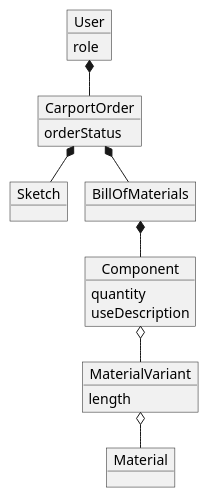
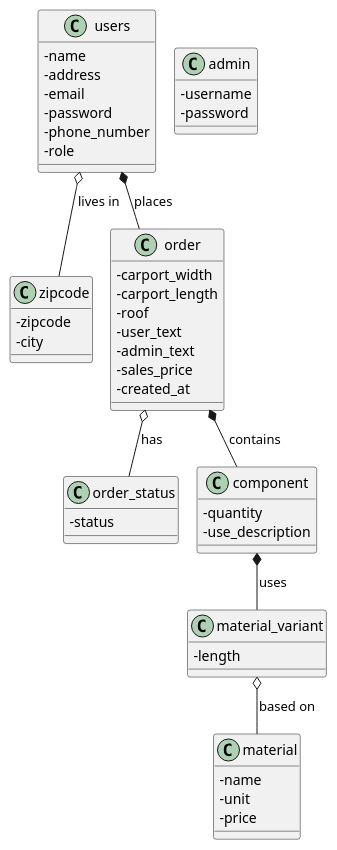
Before and after one commit to NightOwl-M/Carport: the diagram in docs/domainmodel.puml, drawn with PlantUML.

Commit message:
Oprettet domain model

```diff
--- a/docs/domainmodel.puml
+++ b/docs/domainmodel.puml
@@ -1,40 +1,61 @@
 @startuml
+!pragma layout smetana
+skinparam classAttributeIconSize 0
 
-!pragma layout smetana
-
-object User{
-role
+class users {
+  - name
+  - address
+  - email
+  - password
+  - phone_number
+  - role
 }
 
-object CarportOrder{
-orderStatus
+class zipcode {
+  - zipcode
+  - city
 }
 
-object Component {
-quantity
-useDescription
+class order {
+  - carport_width
+  - carport_length
+  - roof
+  - user_text
+  - admin_text
+  - sales_price
+  - created_at
 }
 
-object MaterialVariant{
-length
+class order_status {
+  - status
 }
 
-object Material {
+class component {
+  - quantity
+  - use_description
 }
 
-object Sketch
+class material_variant {
+  - length
+}
 
-object BillOfMaterials
+class material {
+  - name
+  - unit
+  - price
+}
 
+class admin {
+  - username
+  - password
+}
 
-User *-- CarportOrder
-
-CarportOrder *-- Sketch
-CarportOrder  *-- BillOfMaterials
-
-BillOfMaterials  *-- Component
-
-Component o-- MaterialVariant
-MaterialVariant o-- Material
+' Relationer
+users *-- order : places
+users o-- zipcode : lives in
+order *-- component : contains
+order o-- order_status : has
+component *-- material_variant : uses
+material_variant o-- material : based on
 
 @enduml
```
